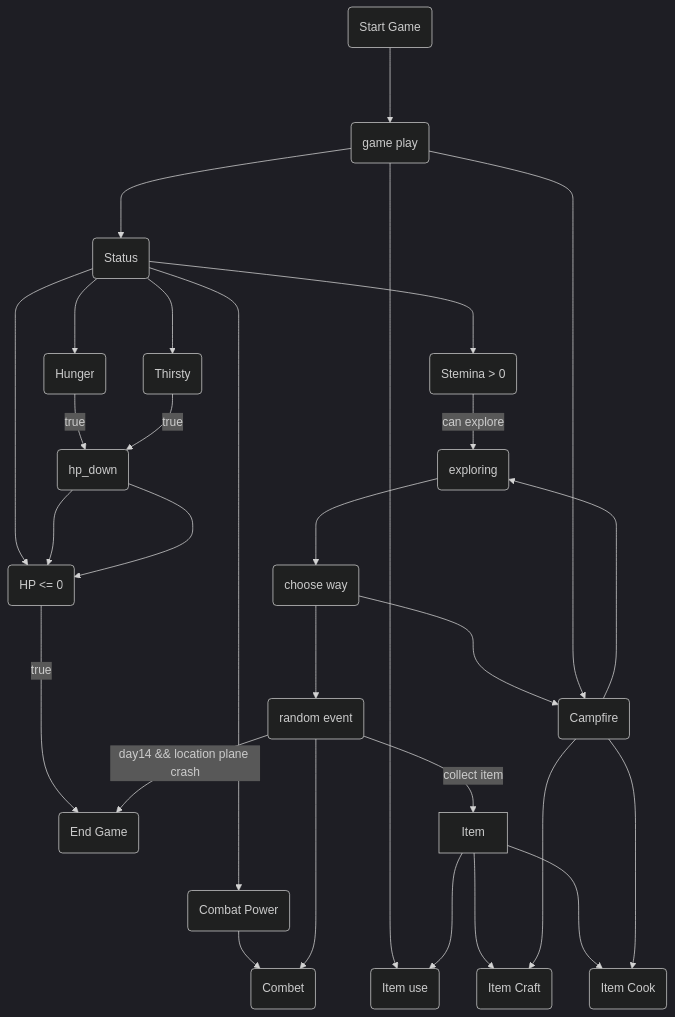
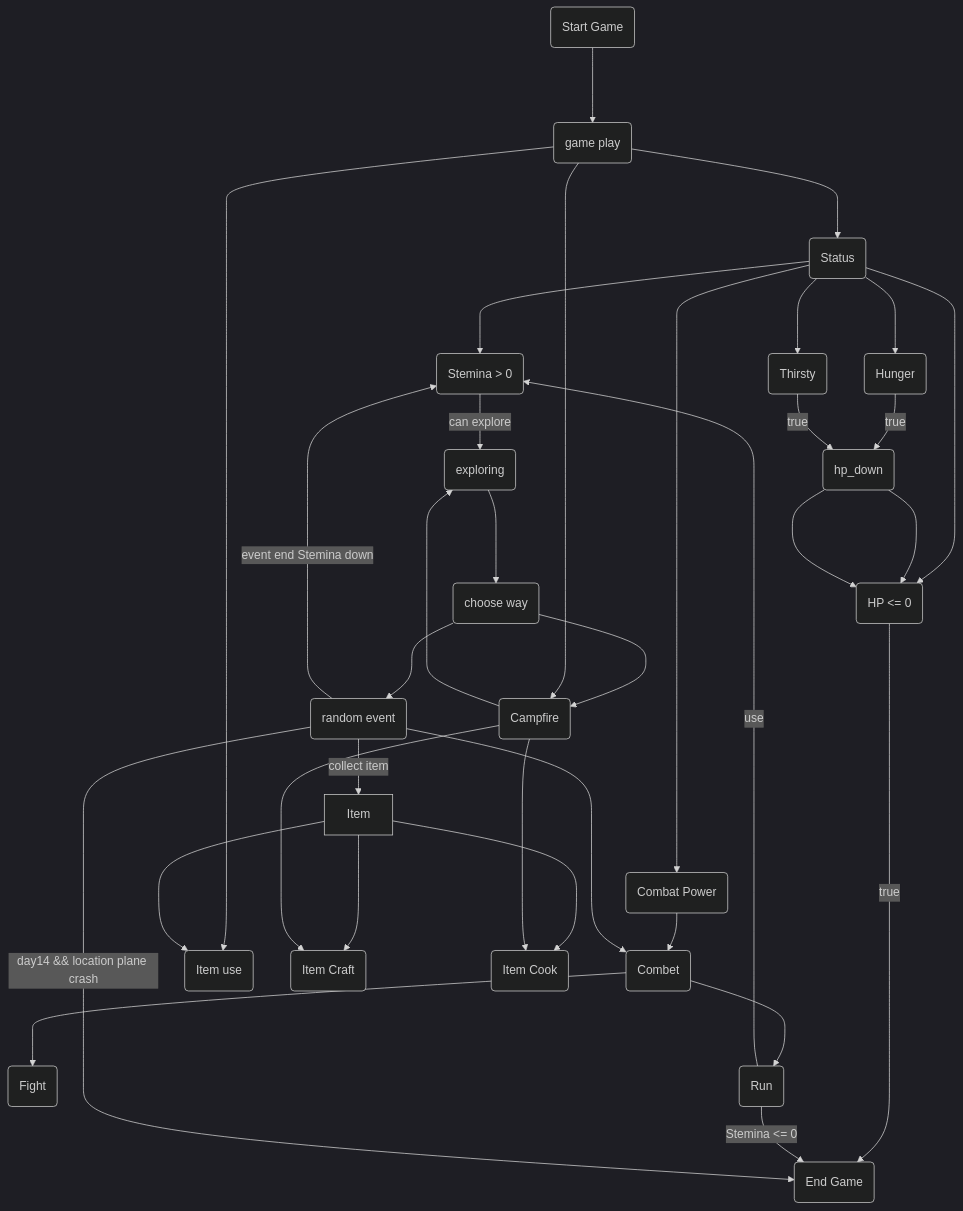
One commit to SSProgamer/C-Project changed the diagram in need me.md. Above: the diagram before and after it, drawn with Mermaid (dark theme).

Commit message:
Update need me.md

````diff
--- a/need me.md
+++ b/need me.md
@@ -35,23 +35,27 @@
 ```mermaid
 flowchart TD
 start(Start Game) ---> ingame(game play)
 ingame ---> status(Status) --->hp
 status ---> Stemina(Stemina > 0) --can explore--> explore
 status ---> Hunger(Hunger) --true--> hp_down(hp_down) ---> hp
 status ---> Thirsty(Thirsty) --true--> hp_down(hp_down) ---> hp
 status ---> combatpower(Combat Power) --> combet
 hp(HP <= 0) --true--> e(End Game)
 
 campfire ---> explore(exploring) ---> way(choose way) ---> event(random event)
 way ---> campfire
 event ----> combet(Combet)
+combet ---> fight(Fight)
+combet ---> run(Run) --use--> Stemina
+run(Run) --Stemina <= 0--> e
+event --event end Stemina down--> Stemina
 event --day14 && location plane crash--> e(End Game)
 event(random event) --collect item--> Item
 ingame ---> Itemuse(Item use)
 Item ---> Itemuse
 Item ---> Itemcraft(Item Craft)
 Item ---> Itemcook(Item Cook)
 ingame ---> campfire(Campfire)
 campfire(Campfire) ---> Itemcraft(Item Craft)
 campfire(Campfire) ---> Itemcook(Item Cook)
 ```
````
